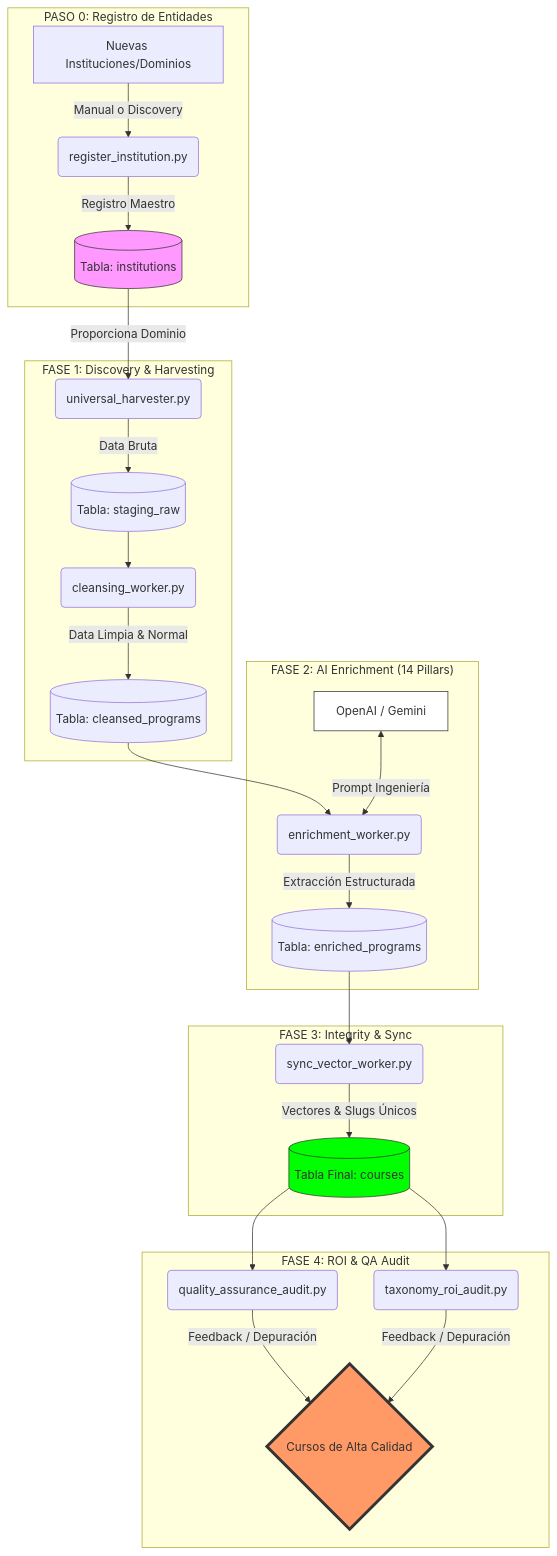
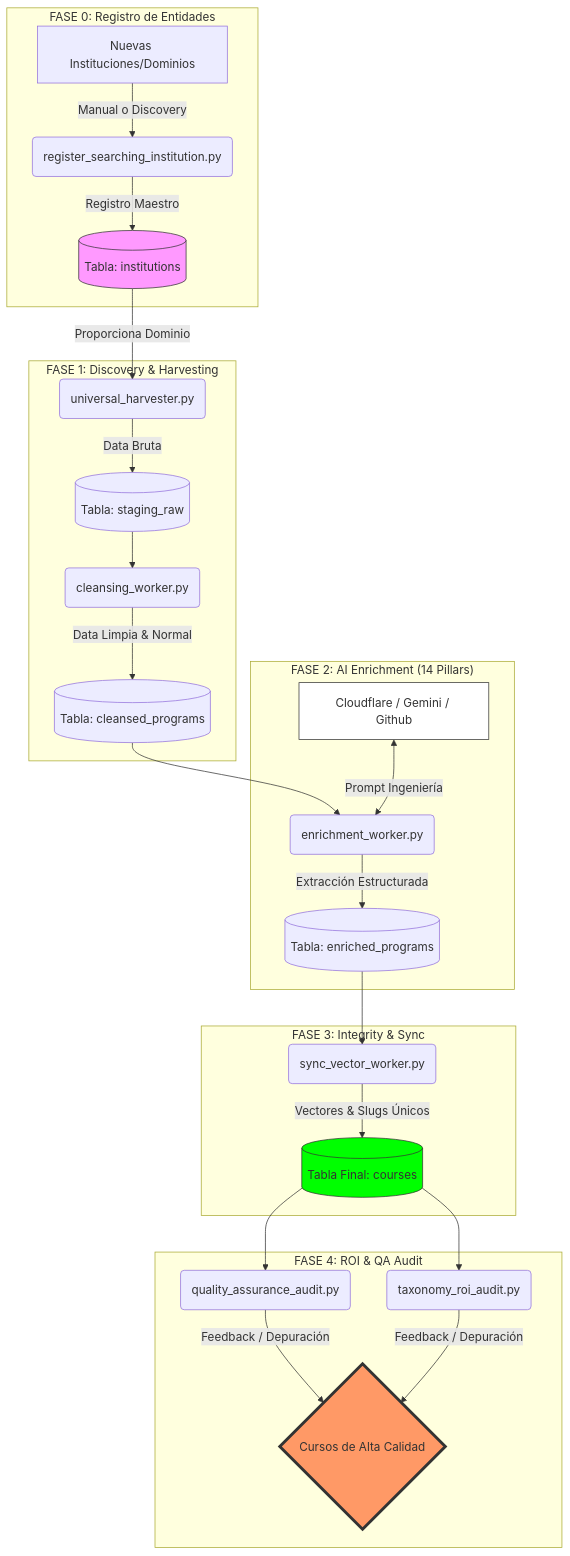
Before and after one commit to romelhc95/studiamatch: the diagram in docs/architecture/core_data_flow.md, drawn with Mermaid. The commit also changed 251 other files, not shown here.

````diff
--- a/docs/architecture/core_data_flow.md
+++ b/docs/architecture/core_data_flow.md
@@ -10,41 +10,41 @@
 ```mermaid
 graph TD
     %% PASO CERO: INSTITUCIONES
-    subgraph "PASO 0: Registro de Entidades"
-        Z[Nuevas Instituciones/Dominios] -->|Manual o Discovery| Y(register_institution.py)
+    subgraph "FASE 0: Registro de Entidades"
+        Z[Nuevas Instituciones/Dominios] -->|Manual o Discovery| Y(register_searching_institution.py)
         Y -->|Registro Maestro| X[(Tabla: institutions)]
     end
 
     %% FASE 1
     subgraph "FASE 1: Discovery & Harvesting"
         X -->|Proporciona Dominio| B(universal_harvester.py)
         B -->|Data Bruta| C[(Tabla: staging_raw)]
         C --> D(cleansing_worker.py)
         D -->|Data Limpia & Normal| E[(Tabla: cleansed_programs)]
     end
 
     %% FASE 2
     subgraph "FASE 2: AI Enrichment (14 Pillars)"
         E --> G(enrichment_worker.py)
         G -->|Extracción Estructurada| H[(Tabla: enriched_programs)]
-        I[OpenAI / Gemini] <-->|Prompt Ingeniería| G
+        I[Cloudflare / Gemini / Github] <-->|Prompt Ingeniería| G
     end
 
     %% FASE 3
     subgraph "FASE 3: Integrity & Sync"
         H --> J(sync_vector_worker.py)
         J -->|Vectores & Slugs Únicos| K[(Tabla Final: courses)]
     end
 
     %% FASE 4
     subgraph "FASE 4: ROI & QA Audit"
         K --> M1(quality_assurance_audit.py)
         K --> M2(taxonomy_roi_audit.py)
         M1 & M2 -->|Feedback / Depuración| N{Cursos de Alta Calidad}
     end
 
     style X fill:#f9f,stroke:#333
     style K fill:#0f0,stroke:#333
     style I fill:#fff,stroke:#333
     style N fill:#f96,stroke:#333,stroke-width:4px
 ```
````
